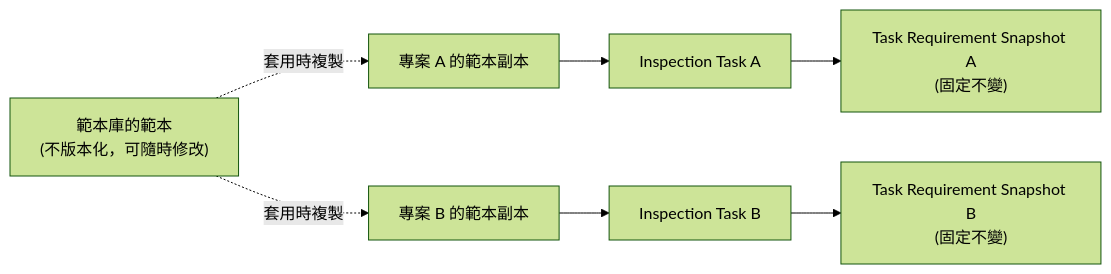
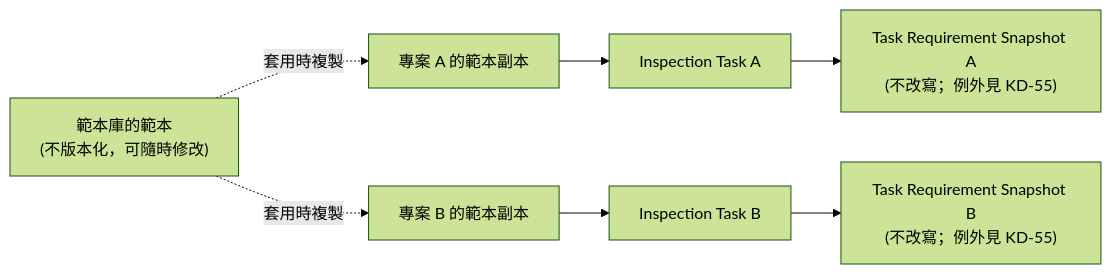
The second of 5 diagrams in docs/intents/02-principles.md (speko-tw/inspect-flow), drawn with Mermaid (forest theme) before and after one commit. The commit also changed 1 other file, not shown here.

Commit message:
docs(intents): align the PR-04 diagram and glossary with KD-55
- what: label the snapshots in the PR-04 diagram as not rewritten with
  the KD-55 exception, and state both KD-55 exceptions in the Task
  Requirement Snapshot glossary entry.
- why: review round 3 found the diagram and glossary still called the
  snapshot fixed after PR-04 gained the text-correction exception.
- impact: wording only; no ruling changes.
- verification: git diff --check passes; anchor kd-55 exists.

Issue: #334

````diff
--- a/docs/intents/02-principles.md
+++ b/docs/intents/02-principles.md
@@ -113,9 +113,9 @@
 ```mermaid
 graph LR
   T["範本庫的範本<br/>(不版本化，可隨時修改)"] -.->|"套用時複製"| PA["專案 A 的範本副本"]
   T -.->|"套用時複製"| PB["專案 B 的範本副本"]
   PA --> TaskA["Inspection Task A"]
-  TaskA --> SnapA["Task Requirement Snapshot A<br/>(固定不變)"]
+  TaskA --> SnapA["Task Requirement Snapshot A<br/>(不改寫；例外見 KD-55)"]
   PB --> TaskB["Inspection Task B"]
-  TaskB --> SnapB["Task Requirement Snapshot B<br/>(固定不變)"]
+  TaskB --> SnapB["Task Requirement Snapshot B<br/>(不改寫；例外見 KD-55)"]
 ```
````
